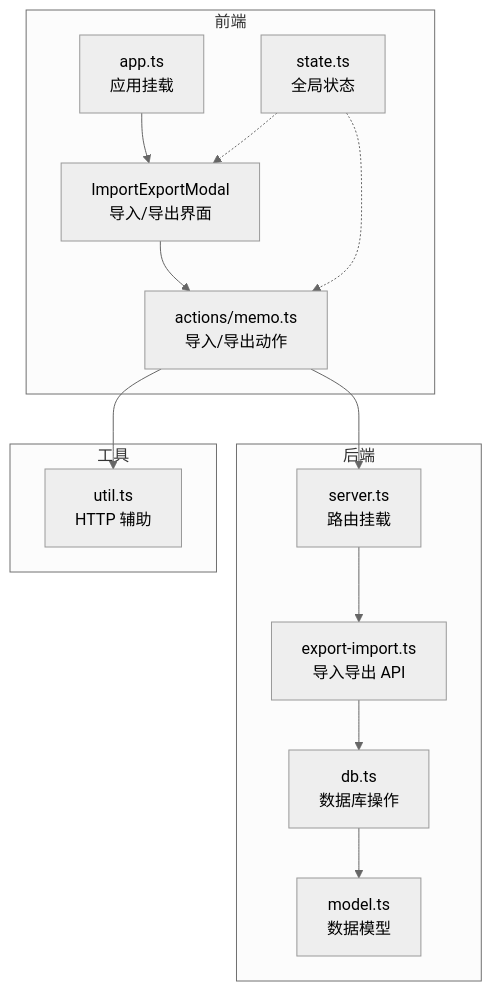
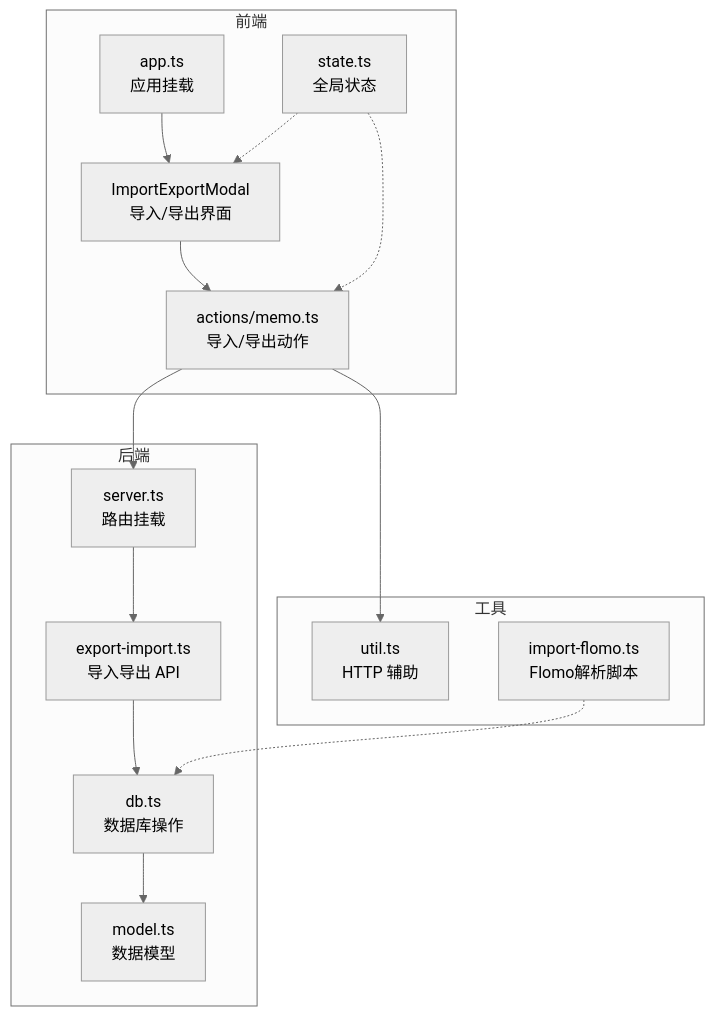
The first of 6 diagrams in .qoder/repowiki/zh/content/前端应用/Admin管理界面/导入导出功能/导入导出功能.md (BlackBoxRecorder/memos), drawn with Mermaid (neutral theme) before and after one commit. The commit also changed other lines of this file and 19 other files, not shown here.

````diff
--- a/.qoder/repowiki/zh/content/前端应用/Admin管理界面/导入导出功能/导入导出功能.md
+++ b/.qoder/repowiki/zh/content/前端应用/Admin管理界面/导入导出功能/导入导出功能.md
@@ -45,27 +50,29 @@
 ```mermaid
 graph TB
 subgraph "前端"
 UI["ImportExportModal<br/>导入/导出界面"]
 ST["state.ts<br/>全局状态"]
 ACT["actions/memo.ts<br/>导入/导出动作"]
 APP["app.ts<br/>应用挂载"]
 end
 subgraph "后端"
 SRV["server.ts<br/>路由挂载"]
 API["export-import.ts<br/>导入导出 API"]
 DB["db.ts<br/>数据库操作"]
 MDL["model.ts<br/>数据模型"]
 end
 subgraph "工具"
 UT["util.ts<br/>HTTP 辅助"]
+FL["import-flomo.ts<br/>Flomo解析脚本"]
 end
 APP --> UI
 UI --> ACT
 ACT --> UT
 ACT --> SRV
 SRV --> API
 API --> DB
 DB --> MDL
 ST -.-> UI
 ST -.-> ACT
+FL -.-> DB
 ```
````
